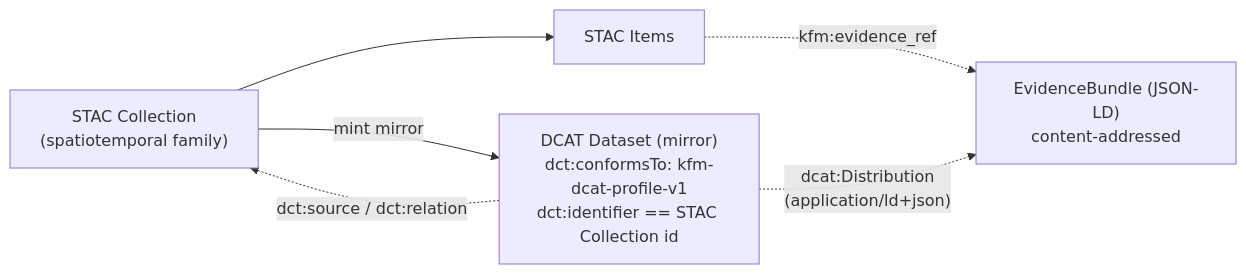
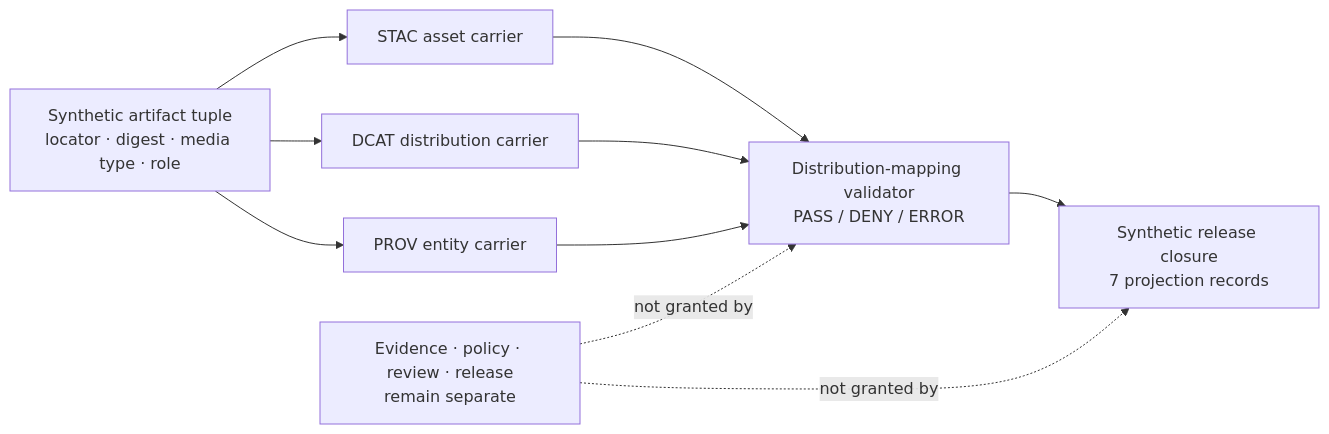
Before and after one commit to bartytime4life/Kansas-Frontier-Matrix: the second of 2 diagrams in docs/standards/DCAT.md, drawn with Mermaid. The commit also changed other lines of this file, not shown here.

Commit message:
docs(standards): ground DCAT profile and closure boundary

````diff
--- a/docs/standards/DCAT.md
+++ b/docs/standards/DCAT.md
@@ -321,13 +508,20 @@
 ```mermaid
 flowchart LR
-  STACCOL["STAC Collection<br/>(spatiotemporal family)"]
-  DCATMIR["DCAT Dataset (mirror)<br/>dct:conformsTo: kfm-dcat-profile-v1<br/>dct:identifier == STAC Collection id"]
-  STACITEMS["STAC Items"]
-  EBUND["EvidenceBundle (JSON-LD)<br/>content-addressed"]
+  ART["Synthetic artifact tuple<br/>locator · digest · media type · role"]
+  STAC["STAC asset carrier"]
+  DCAT["DCAT distribution carrier"]
+  PROV["PROV entity carrier"]
+  MAP["Distribution-mapping validator<br/>PASS / DENY / ERROR"]
+  REL["Synthetic release closure<br/>7 projection records"]
 
-  STACCOL -- "mint mirror" --> DCATMIR
-  STACCOL --> STACITEMS
-  STACITEMS -. kfm:evidence_ref .-> EBUND
-  DCATMIR -. dcat:Distribution<br/>(application/ld+json) .-> EBUND
-  DCATMIR -. dct:source / dct:relation .-> STACCOL
+  ART --> STAC
+  ART --> DCAT
+  ART --> PROV
+  STAC --> MAP
+  DCAT --> MAP
+  PROV --> MAP
+  MAP --> REL
+
+  AUTH["Evidence · policy · review · release<br/>remain separate"] -. not granted by .-> MAP
+  AUTH -. not granted by .-> REL
 ```
````
